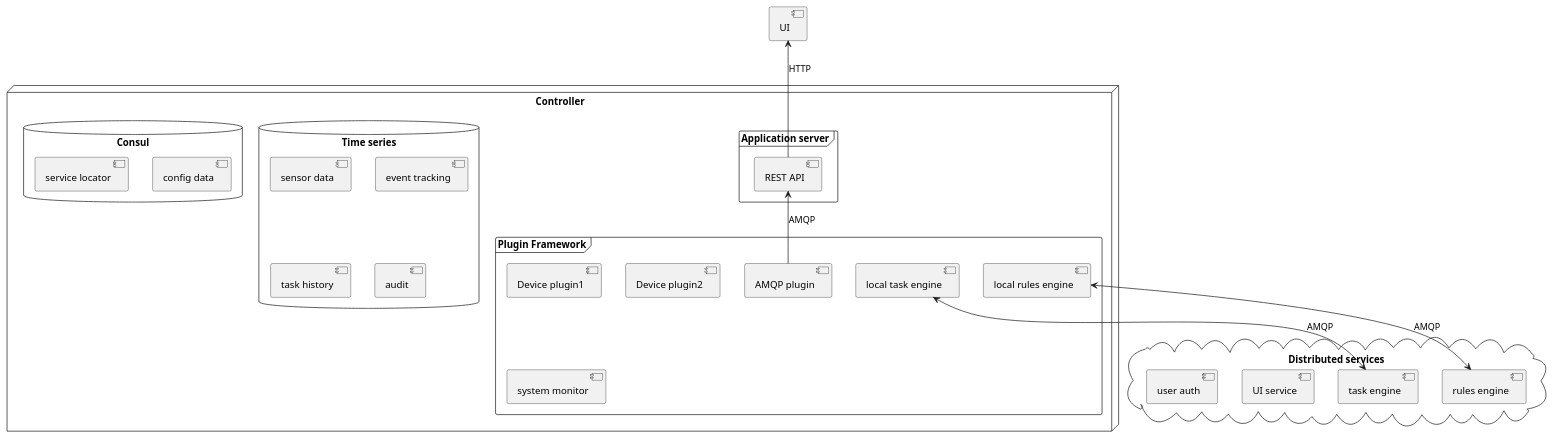
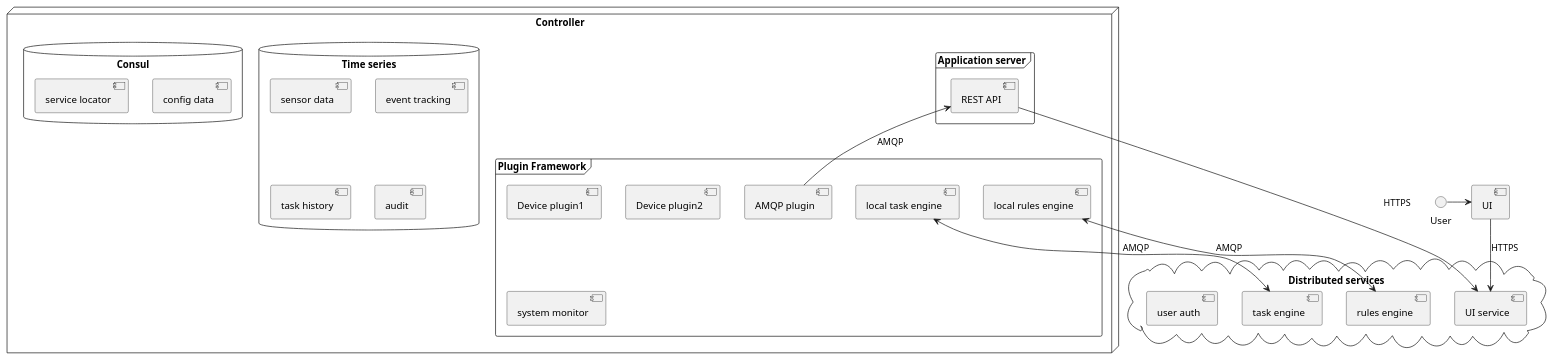
One commit to healem/bbb changed the first of 2 diagrams in DESIGN.md. Above: the diagram before and after it, drawn with PlantUML.

Commit message:
Add user to component diagram

```diff
--- a/DESIGN.md
+++ b/DESIGN.md
@@ -17,35 +17,37 @@
 @startuml;
 node "Controller"{
 frame "Application server"{
 [REST API]
 }
 frame "Plugin Framework"{
 [AMQP plugin]
 [Device plugin1]
 [Device plugin2]
 [local task engine]
 [local rules engine]
 [system monitor]
 }
 database "Time series"{
 [sensor data]
 [event tracking]
 [task history]
 [audit]
 }
 database "Consul"{
 [config data]
 [service locator]
 }
 }
 cloud "Distributed services"{
 [task engine]
 [rules engine]
 [UI service]
 [user auth]
 }
+[UI] --> [UI service] : HTTPS
 [local task engine] <--> [task engine] : AMQP
 [local rules engine] <--> [rules engine] : AMQP
-[UI] <-- [REST API] : HTTP
+[UI service] <-- [REST API] : HTTPS
 [REST API] <-- [AMQP plugin] : AMQP
+User -> [UI]
 @enduml
```
